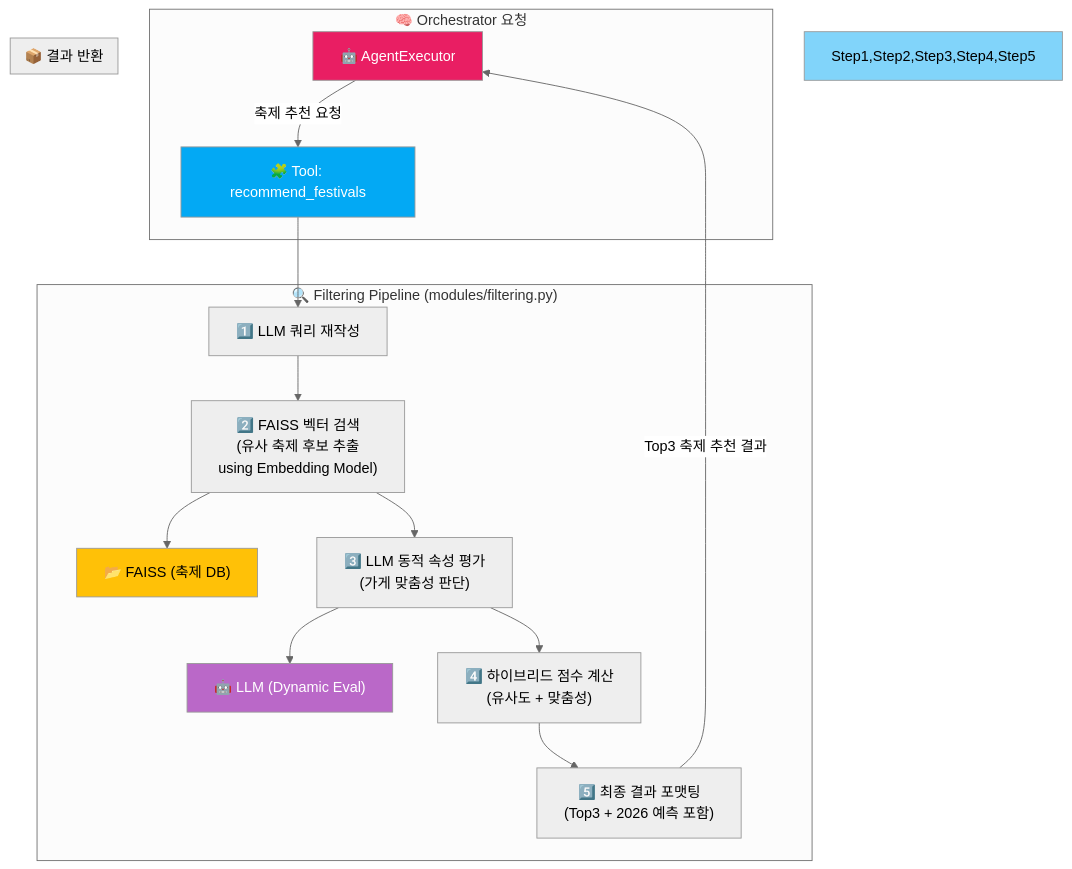
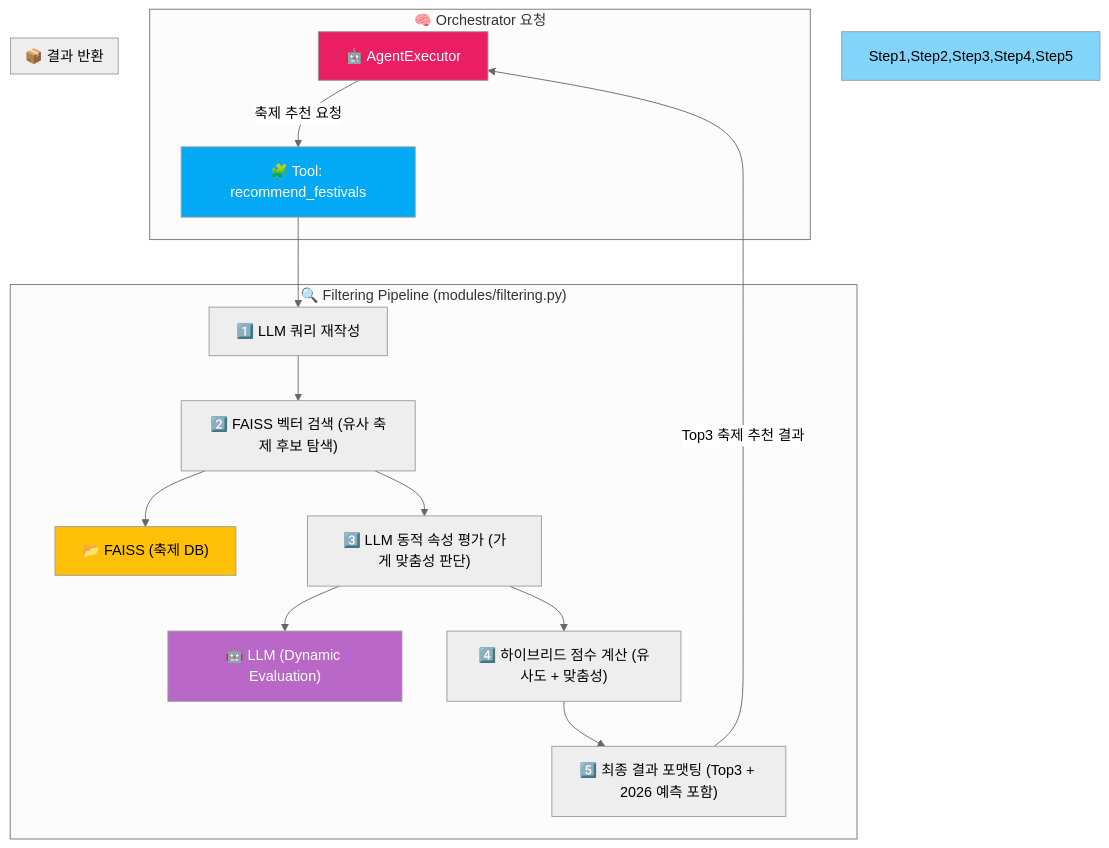
Before and after one commit to Synapse-Bigcontest/2025_bigcontest: the second of 4 diagrams in README.md, drawn with Mermaid (neutral theme). The commit also changed other lines of this file, not shown here.

````diff
--- a/README.md
+++ b/README.md
@@ -146,28 +146,27 @@
 ```mermaid
 graph TD
-
     subgraph "🧠 Orchestrator 요청"
         Agent["🤖 AgentExecutor"] -- "축제 추천 요청" --> Tool_Rec["🧩 Tool: recommend_festivals"]
     end
 
     subgraph "🔍 Filtering Pipeline (modules/filtering.py)"
         Tool_Rec --> Step1["1️⃣ LLM 쿼리 재작성"]
-        Step1 --> Step2["2️⃣ FAISS 벡터 검색<br>(유사 축제 후보 추출<br>using Embedding Model)"]
+        Step1 --> Step2["2️⃣ FAISS 벡터 검색 (유사 축제 후보 탐색)"]
         Step2 --> VSF["📂 FAISS (축제 DB)"]
-        Step2 --> Step3["3️⃣ LLM 동적 속성 평가<br>(가게 맞춤성 판단)"]
-        Step3 --> LLM1["🤖 LLM (Dynamic Eval)"]
-        Step3 --> Step4["4️⃣ 하이브리드 점수 계산<br>(유사도 + 맞춤성)"]
-        Step4 --> Step5["5️⃣ 최종 결과 포맷팅<br>(Top3 + 2026 예측 포함)"]
+        Step2 --> Step3["3️⃣ LLM 동적 속성 평가 (가게 맞춤성 판단)"]
+        Step3 --> LLM1["🤖 LLM (Dynamic Evaluation)"]
+        Step3 --> Step4["4️⃣ 하이브리드 점수 계산 (유사도 + 맞춤성)"]
+        Step4 --> Step5["5️⃣ 최종 결과 포맷팅 (Top3 + 2026 예측 포함)"]
     end
 
     subgraph "📦 결과 반환"
         Step5 -- "Top3 축제 추천 결과" --> Agent
     end
 
     %% 스타일
     style Agent fill:#E91E63,color:#fff
     style Tool_Rec fill:#03A9F4,color:#fff
     style Step1,Step2,Step3,Step4,Step5 fill:#81D4FA,color:#000
     style VSF fill:#FFC107,color:#000
     style LLM1 fill:#BA68C8,color:#fff
 ```
````
